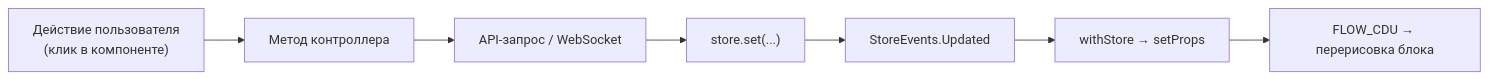
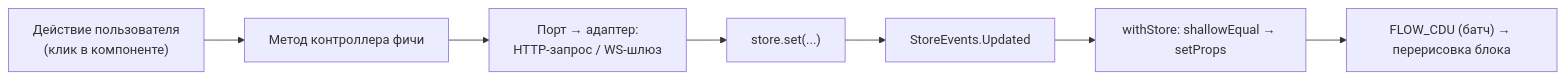
The diagram in docs/arch/routing-and-state.md (BJuice1984/chatty), drawn with Mermaid before and after one commit. The commit also changed other lines of this file and 10 other files, not shown here.

First line of the commit message:
docs: product README and full architecture refresh

````diff
--- a/docs/arch/routing-and-state.md
+++ b/docs/arch/routing-and-state.md
@@ -54,9 +90,9 @@
 ```mermaid
 flowchart LR
-    A["Действие пользователя<br/>(клик в компоненте)"] --> B["Метод контроллера"]
-    B --> C["API-запрос / WebSocket"]
+    A["Действие пользователя<br/>(клик в компоненте)"] --> B["Метод контроллера фичи"]
+    B --> C["Порт → адаптер:<br/>HTTP-запрос / WS-шлюз"]
     C --> D["store.set(...)"]
     D --> E["StoreEvents.Updated"]
-    E --> F["withStore → setProps"]
-    F --> G["FLOW_CDU → перерисовка блока"]
+    E --> F["withStore: shallowEqual → setProps"]
+    F --> G["FLOW_CDU (батч) → перерисовка блока"]
 ```
````
